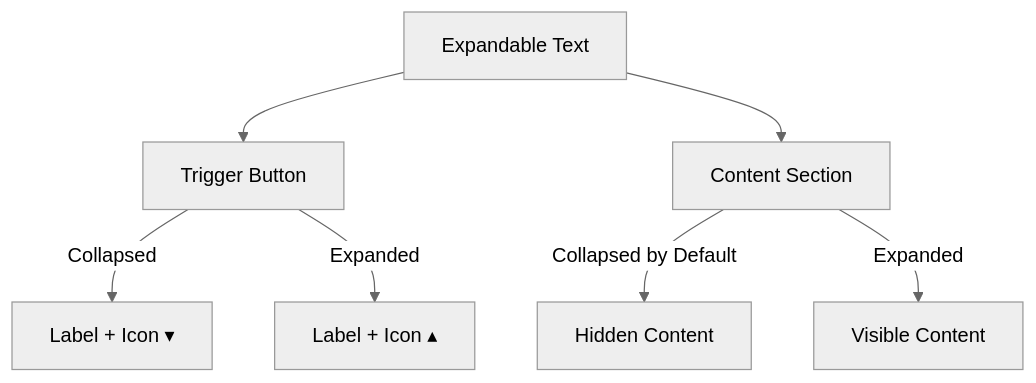
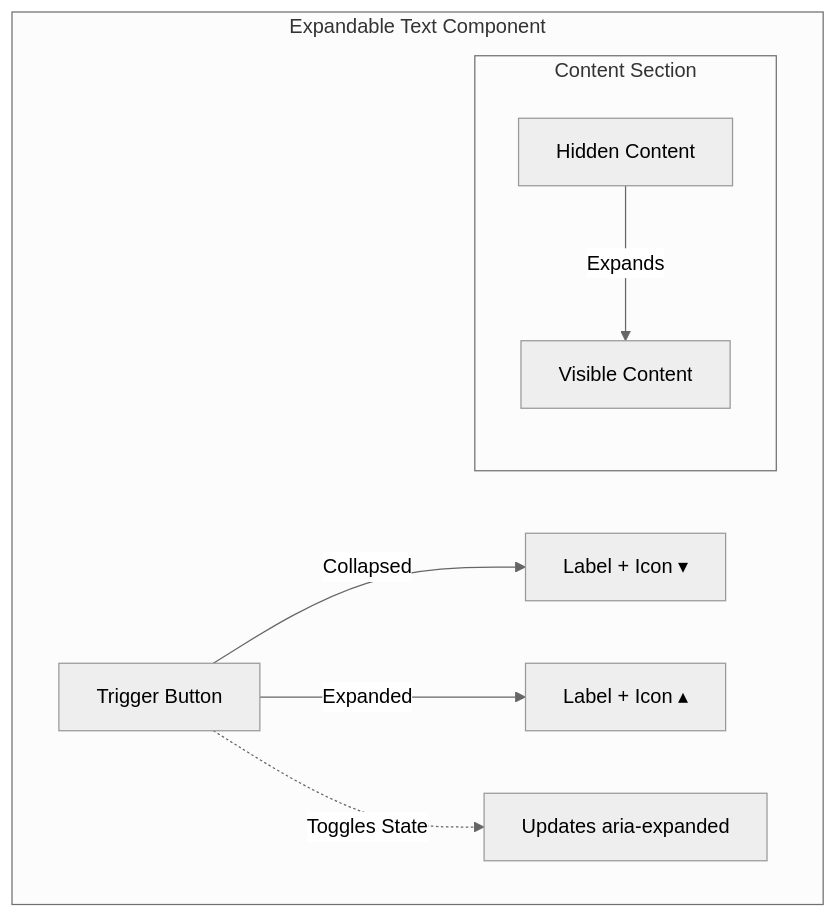
One commit to thedaviddias/ux-patterns-for-developers changed the diagram in content/en/patterns/content-management/expandable-text.mdx. Above: the diagram before and after it, drawn with Mermaid (neutral theme). The commit also changed other lines of this file and 8 other files, not shown here.

````diff
--- a/content/en/patterns/content-management/expandable-text.mdx
+++ b/content/en/patterns/content-management/expandable-text.mdx
@@ -62,9 +62,12 @@
 ```mermaid
 flowchart TB
-    A[Expandable Text] --> B[Trigger Button]
-    A --> C[Content Section]
-    B -->|Collapsed| D[Label + Icon ▾]
-    B -->|Expanded| E[Label + Icon ▴]
-    C -->|Collapsed by Default| F[Hidden Content]
-    C -->|Expanded| G[Visible Content]
+    subgraph ExpandableText[Expandable Text Component]
+        A[Trigger Button] -->|Collapsed| B[Label + Icon ▾]
+        A -->|Expanded| C[Label + Icon ▴]
+        A -.->|Toggles State| D[Updates aria-expanded]
+
+        subgraph ContentSection[Content Section]
+            E[Hidden Content] -->|Expands| F[Visible Content]
+        end
+    end
 ```
````
